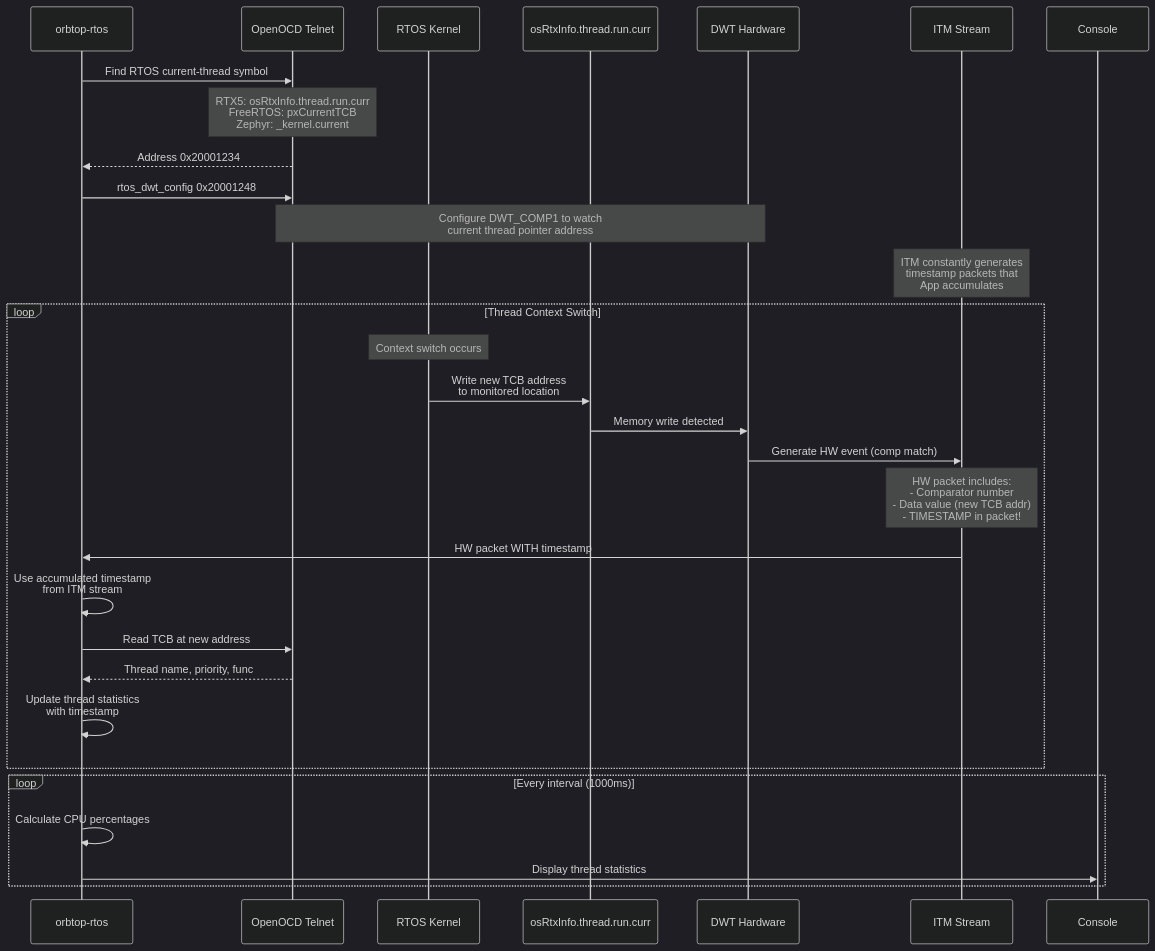
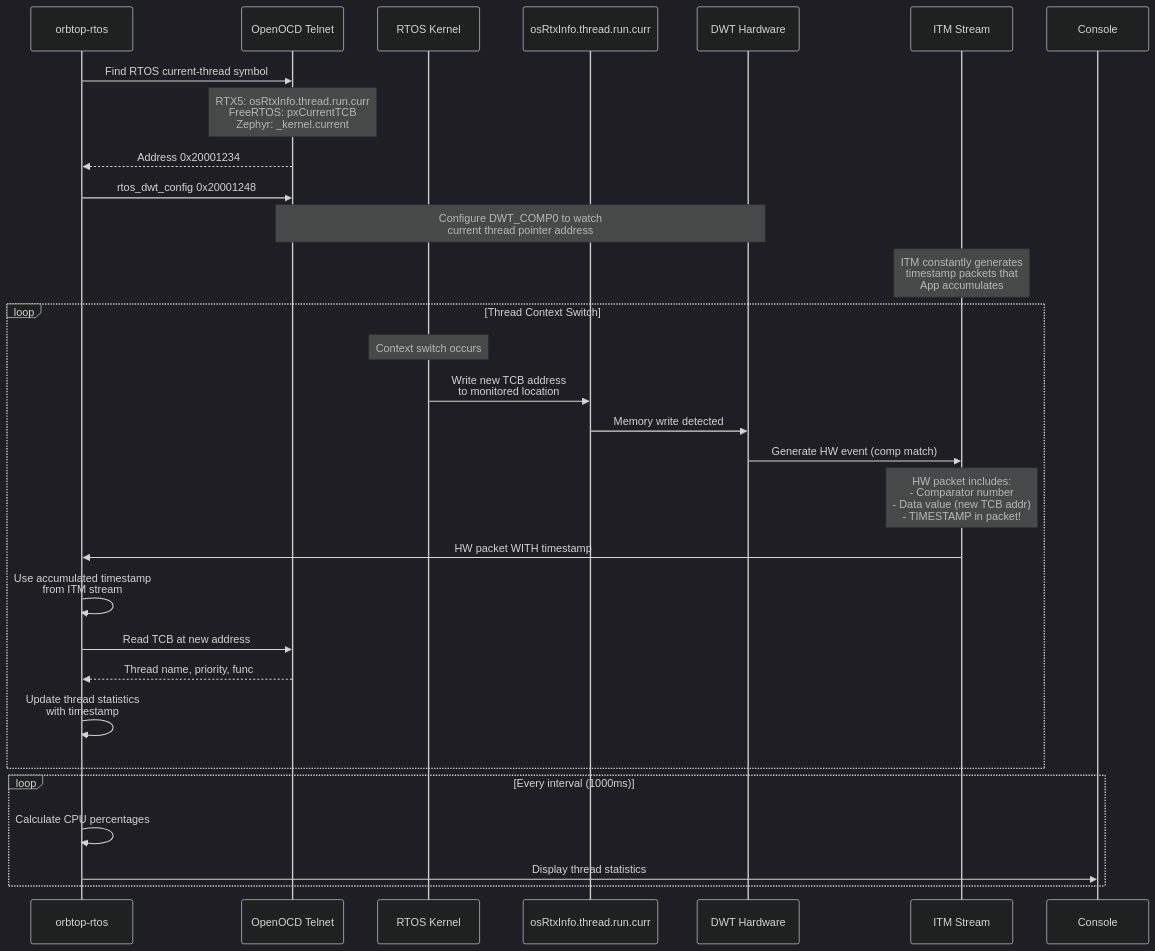
Before and after one commit to fernicmarotta/orbuculum: the second of 3 diagrams in Docs/rtos/orbtop-rtos.md, drawn with Mermaid (dark theme). The commit also changed other lines of this file and 14 other files, not shown here.

````diff
--- a/Docs/rtos/orbtop-rtos.md
+++ b/Docs/rtos/orbtop-rtos.md
@@ -116,36 +116,36 @@
 ```mermaid
 sequenceDiagram
     participant App as orbtop-rtos
     participant Telnet as OpenOCD Telnet
     participant Kernel as RTOS Kernel
     participant TCB as osRtxInfo.thread.run.curr
     participant DWT as DWT Hardware
     participant ITM as ITM Stream
     
     App->>Telnet: Find RTOS current-thread symbol
     Note over Telnet: RTX5: osRtxInfo.thread.run.curr<br/>FreeRTOS: pxCurrentTCB<br/>Zephyr: _kernel.current
     Telnet-->>App: Address 0x20001234
 
     App->>Telnet: rtos_dwt_config 0x20001248
-    Note over Telnet,DWT: Configure DWT_COMP1 to watch<br/>current thread pointer address
+    Note over Telnet,DWT: Configure DWT_COMP0 to watch<br/>current thread pointer address
     
     Note over ITM: ITM constantly generates<br/>timestamp packets that<br/>App accumulates
     
     loop Thread Context Switch
         Note over Kernel: Context switch occurs
         Kernel->>TCB: Write new TCB address<br/>to monitored location
         TCB->>DWT: Memory write detected
         DWT->>ITM: Generate HW event (comp match)
         Note over ITM: HW packet includes:<br/>- Comparator number<br/>- Data value (new TCB addr)<br/>- TIMESTAMP in packet!
         ITM->>App: HW packet WITH timestamp
         App->>App: Use accumulated timestamp<br/>from ITM stream
         App->>Telnet: Read TCB at new address
         Telnet-->>App: Thread name, priority, func
         App->>App: Update thread statistics<br/>with timestamp
     end
     
     loop Every interval (1000ms)
         App->>App: Calculate CPU percentages
         App->>Console: Display thread statistics
     end
 ```
````
